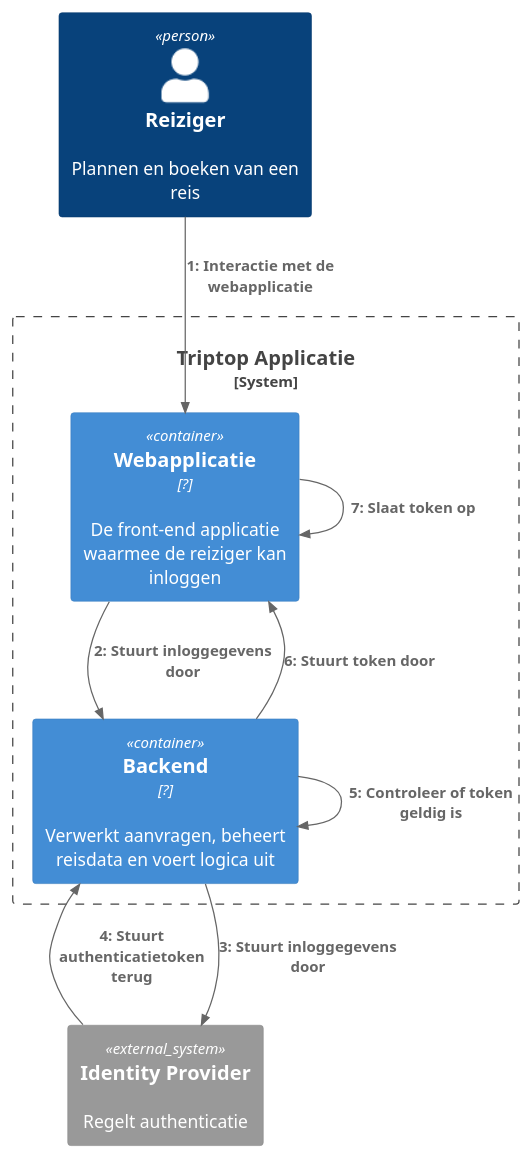
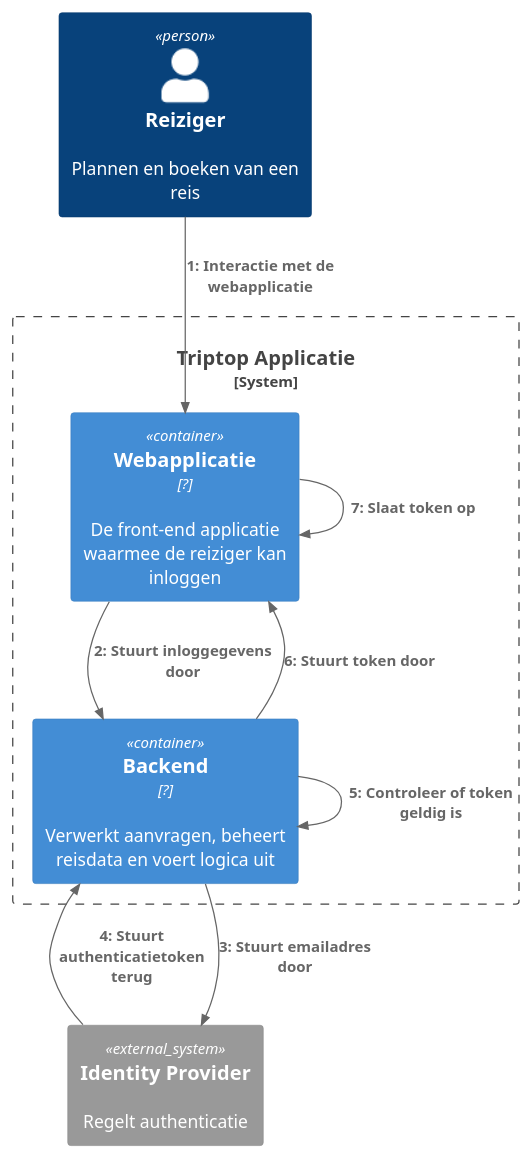
One commit to AIM-ENE-feb25/triptop-groep-3 changed the diagram in opdracht-diagrammen/C4 Container/Dynamic/C4 Container dynamic diagram Inloggen - Cas.puml. Above: the diagram before and after it, drawn with PlantUML.

Commit message:
Updated: dynamic C4 inloggen

```diff
--- a/opdracht-diagrammen/C4 Container/Dynamic/C4 Container dynamic diagram Inloggen - Cas.puml
+++ b/opdracht-diagrammen/C4 Container/Dynamic/C4 Container dynamic diagram Inloggen - Cas.puml
@@ -1,24 +1,24 @@
 @startuml
 !include https://raw.githubusercontent.com/plantuml-stdlib/C4-PlantUML/master/C4_Dynamic.puml
 
 LAYOUT_TOP_DOWN()
 
 Person(Traveler, "Reiziger", "Plannen en boeken van een reis")
 
 System_Boundary(s1, "Triptop Applicatie") {
     Container(Frontend, "Webapplicatie", "?", "De front-end applicatie waarmee de reiziger kan inloggen")
     Container(Backend, "Backend", "?", "Verwerkt aanvragen, beheert reisdata en voert logica uit")
 }
 
 System_Ext(IdentityProvider, "Identity Provider", "Regelt authenticatie")
 
 Rel(Traveler, Frontend, "Interactie met de webapplicatie")
 Rel(Frontend, Backend, "Stuurt inloggegevens door")
-Rel(Backend, IdentityProvider, Stuurt inloggegevens door)
+Rel(Backend, IdentityProvider, Stuurt emailadres door)
 Rel(IdentityProvider, Backend, "Stuurt authenticatietoken terug")
 Rel(Backend, Backend, Controleer of token geldig is)
 Rel(Backend, Frontend, Stuurt token door)
 Rel(Frontend, Frontend, Slaat token op)
 
 
 @enduml
```
